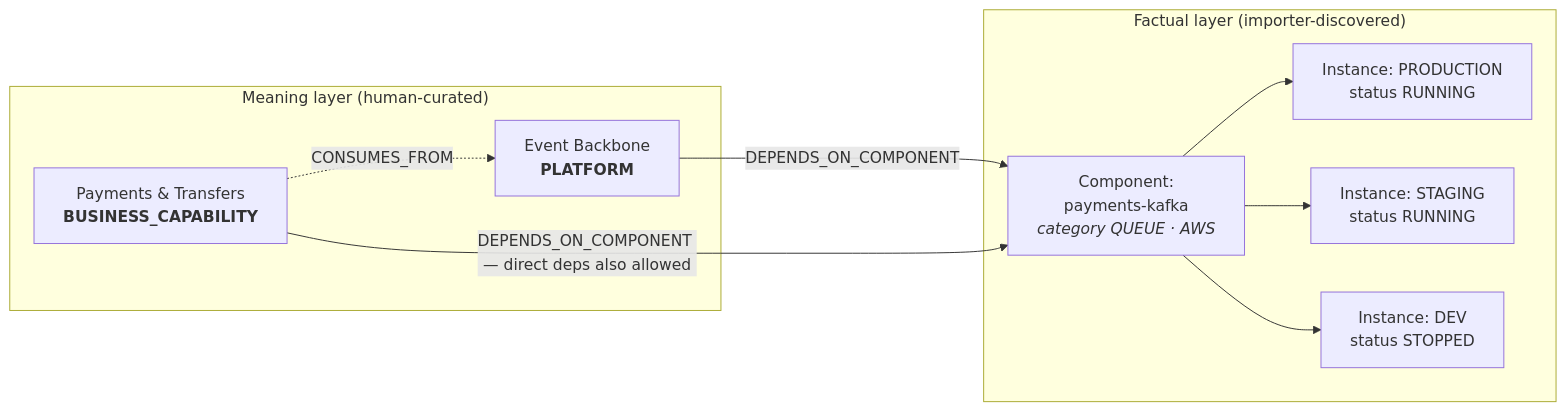
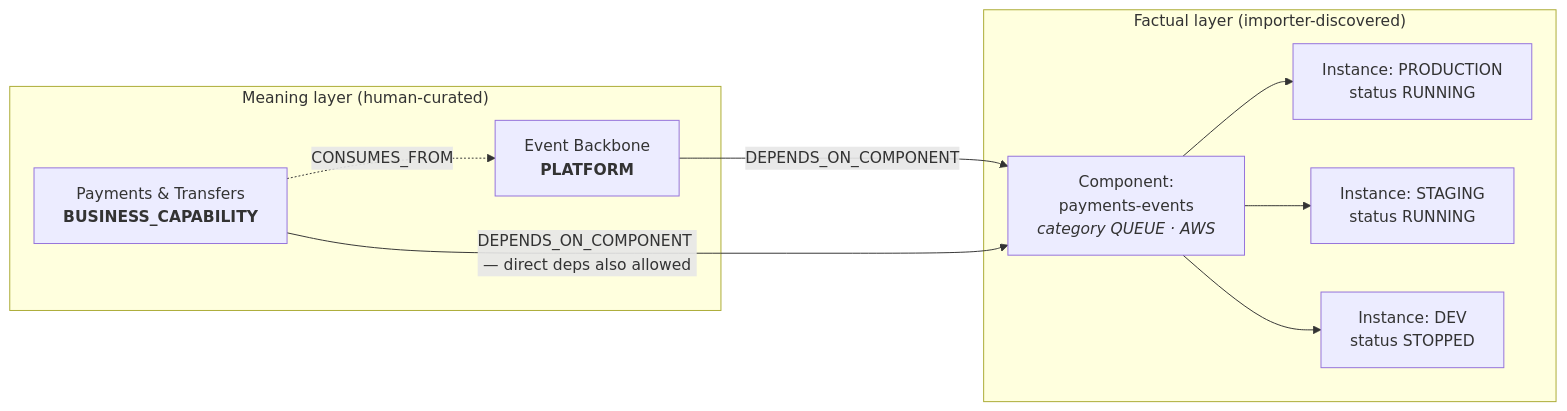
Before and after one commit to Componode/componode: the sixth of 10 diagrams in docs/digital-products.md, drawn with Mermaid. The commit also changed other lines of this file, not shown here.

First line of the commit message:
docs: expand digital-products guide with component inventory examples

````diff
--- a/docs/digital-products.md
+++ b/docs/digital-products.md
@@ -158,20 +158,20 @@
 ```mermaid
 flowchart LR
     subgraph Meaning["Meaning layer (human-curated)"]
         PAY["Payments &amp; Transfers<br/><b>BUSINESS_CAPABILITY</b>"]
         KAFKA_P["Event Backbone<br/><b>PLATFORM</b>"]
     end
     subgraph Factual["Factual layer (importer-discovered)"]
-        KAFKA["Component:<br/>payments-kafka<br/><i>category QUEUE · AWS</i>"]
+        KAFKA["Component:<br/>payments-events<br/><i>category QUEUE · AWS</i>"]
         PRD["Instance: PRODUCTION<br/>status RUNNING"]
         STG["Instance: STAGING<br/>status RUNNING"]
         DEV["Instance: DEV<br/>status STOPPED"]
     end
 
     PAY -.->|CONSUMES_FROM| KAFKA_P
     KAFKA_P -->|DEPENDS_ON_COMPONENT| KAFKA
     PAY -->|"DEPENDS_ON_COMPONENT — direct deps also allowed"| KAFKA
     KAFKA --> PRD
     KAFKA --> STG
     KAFKA --> DEV
 ```
````
